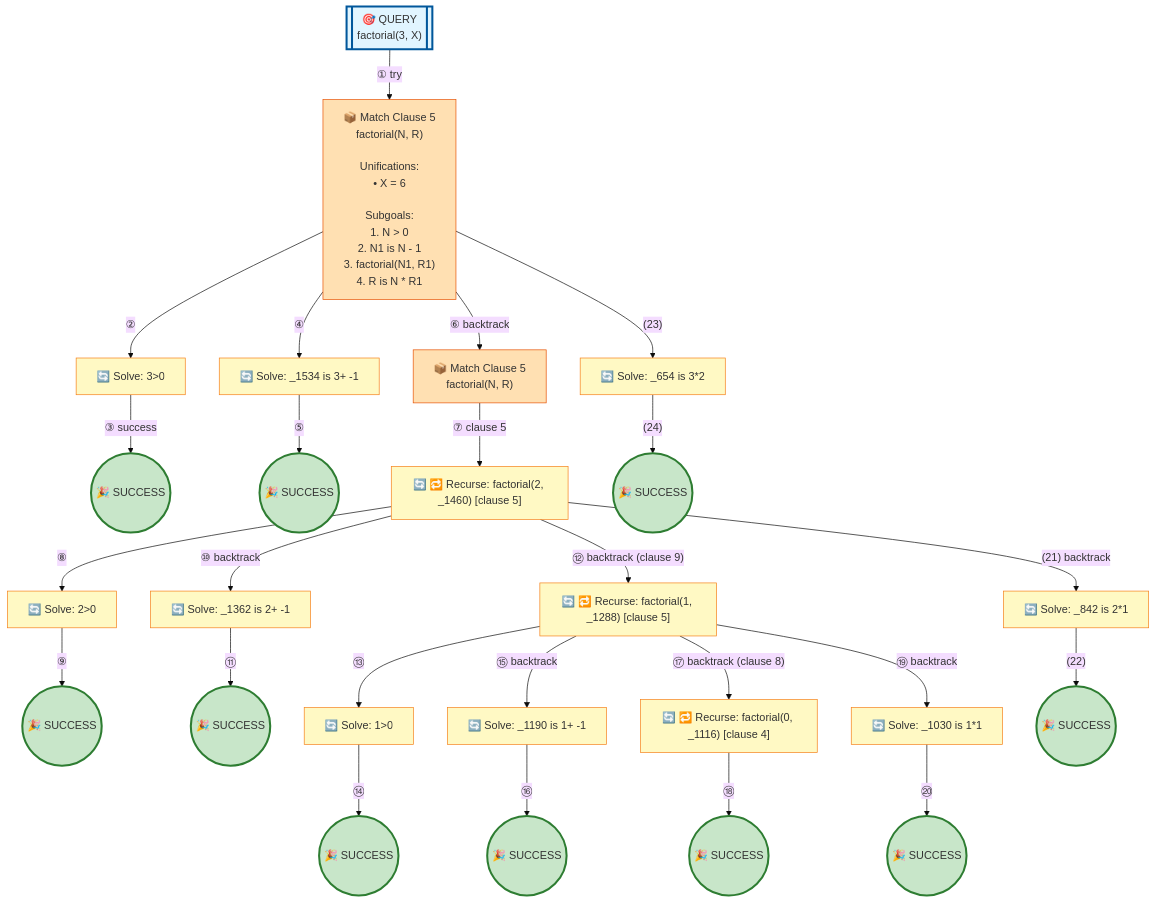
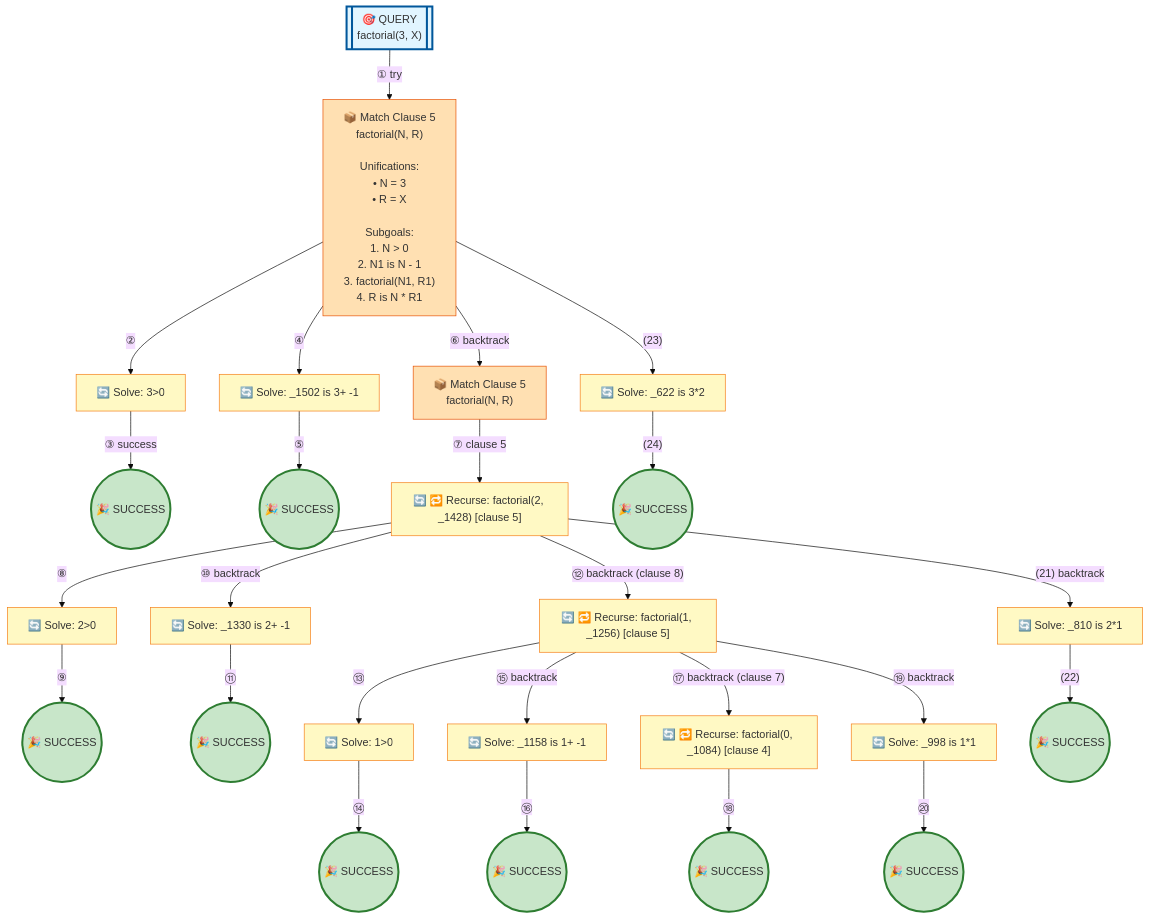
Before and after one commit to jarecsni/prolog-trace-viz: the diagram in examples/factorial-full.md, drawn with Mermaid (base theme). The commit also changed other lines of this file and 17 other files, not shown here.

```diff
--- a/examples/factorial-full.md
+++ b/examples/factorial-full.md
@@ -20,29 +20,29 @@
 
 %% Nodes
 A[["🎯 QUERY<br/>factorial(3, X)"]]
-B["📦 Match Clause 5<br/>factorial(N, R)<br/><br/>Unifications:<br/>• X = 6<br/><br/>Subgoals:<br/>1. N > 0<br/>2. N1 is N - 1<br/>3. factorial(N1, R1)<br/>4. R is N * R1"]
+B["📦 Match Clause 5<br/>factorial(N, R)<br/><br/>Unifications:<br/>• N = 3<br/>• R = X<br/><br/>Subgoals:<br/>1. N > 0<br/>2. N1 is N - 1<br/>3. factorial(N1, R1)<br/>4. R is N * R1"]
 C["🔄 Solve: 3>0"]
 D(("🎉 SUCCESS"))
-E["🔄 Solve: _1534 is 3+ -1"]
+E["🔄 Solve: _1502 is 3+ -1"]
 F(("🎉 SUCCESS"))
 G["📦 Match Clause 5<br/>factorial(N, R)"]
-H["🔄 🔁 Recurse: factorial(2, _1460) [clause 5]"]
+H["🔄 🔁 Recurse: factorial(2, _1428) [clause 5]"]
 I["🔄 Solve: 2>0"]
 J(("🎉 SUCCESS"))
-K["🔄 Solve: _1362 is 2+ -1"]
+K["🔄 Solve: _1330 is 2+ -1"]
 L(("🎉 SUCCESS"))
-M["🔄 🔁 Recurse: factorial(1, _1288) [clause 5]"]
+M["🔄 🔁 Recurse: factorial(1, _1256) [clause 5]"]
 N["🔄 Solve: 1>0"]
 O(("🎉 SUCCESS"))
-P["🔄 Solve: _1190 is 1+ -1"]
+P["🔄 Solve: _1158 is 1+ -1"]
 Q(("🎉 SUCCESS"))
-R["🔄 🔁 Recurse: factorial(0, _1116) [clause 4]"]
+R["🔄 🔁 Recurse: factorial(0, _1084) [clause 4]"]
 S(("🎉 SUCCESS"))
-T["🔄 Solve: _1030 is 1*1"]
+T["🔄 Solve: _998 is 1*1"]
 U(("🎉 SUCCESS"))
-V["🔄 Solve: _842 is 2*1"]
+V["🔄 Solve: _810 is 2*1"]
 W(("🎉 SUCCESS"))
-X["🔄 Solve: _654 is 3*2"]
+X["🔄 Solve: _622 is 3*2"]
 Y(("🎉 SUCCESS"))
 
 %% Edges
@@ -57,12 +57,12 @@
 I -->|"⑨"| J
 H -->|"⑩ backtrack"| K
 K -->|"⑪"| L
-H -->|"⑫ backtrack (clause 9)"| M
+H -->|"⑫ backtrack (clause 8)"| M
 M -->|"⑬"| N
 N -->|"⑭"| O
 M -->|"⑮ backtrack"| P
 P -->|"⑯"| Q
-M -->|"⑰ backtrack (clause 8)"| R
+M -->|"⑰ backtrack (clause 7)"| R
 R -->|"⑱"| S
 M -->|"⑲ backtrack"| T
 T -->|"⑳"| U
```
